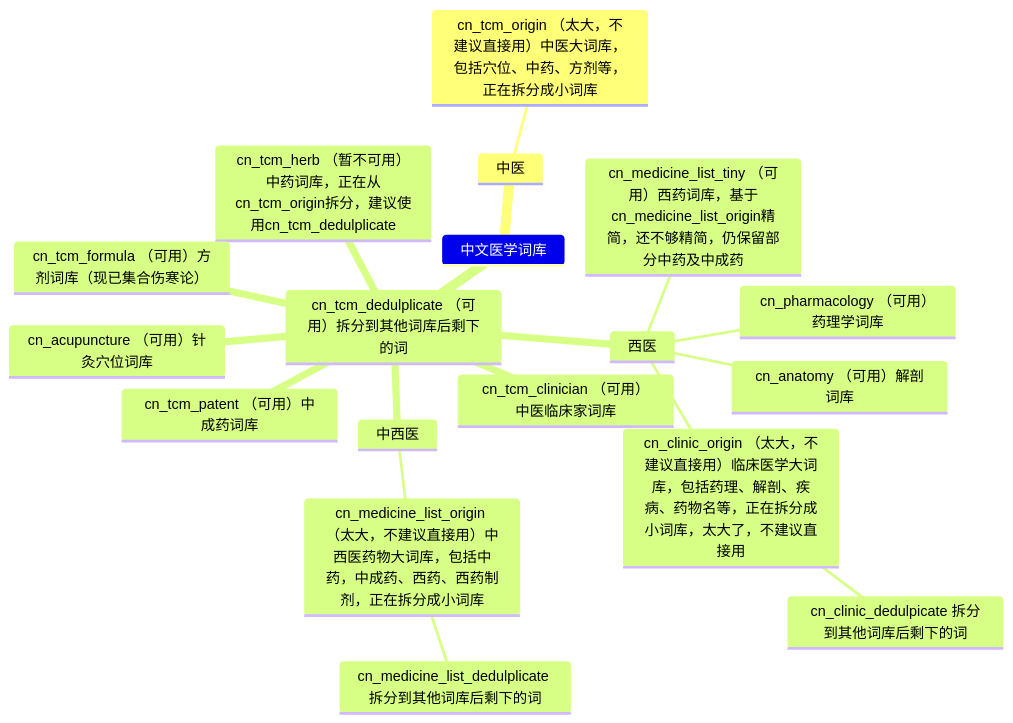
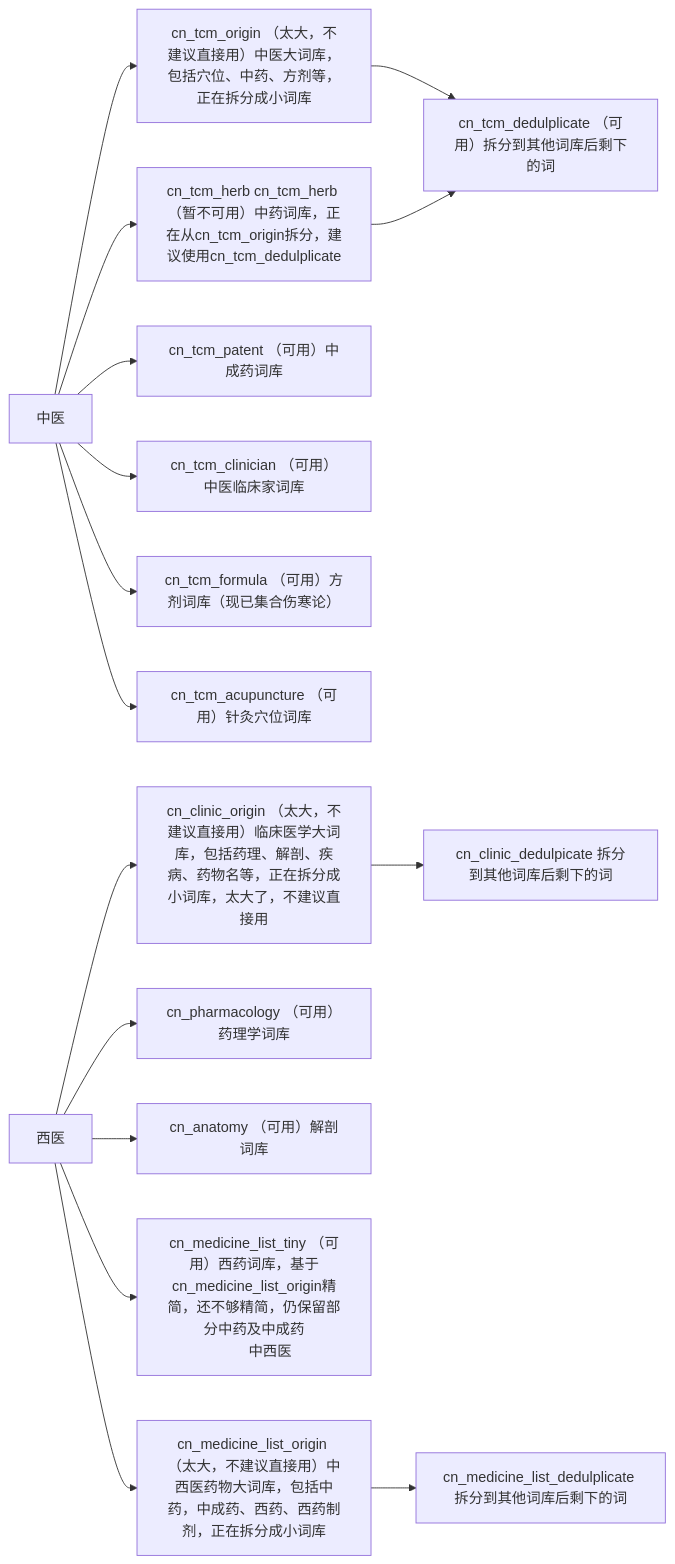
One commit to whitewatercn/rime_clinic changed the first of 2 diagrams in README.md. Above: the diagram before and after it, drawn with Mermaid. The commit also changed other lines of this file, not shown here.

Commit message:
修改mermaid为流程图

````diff
--- a/README.md
+++ b/README.md
@@ -14,21 +14,20 @@
 ```mermaid
-mindmap
-   中文医学词库
-        中医
-            cn_tcm_origin （太大，不建议直接用）中医大词库，包括穴位、中药、方剂等，正在拆分成小词库
-				cn_tcm_dedulplicate （可用）拆分到其他词库后剩下的词
-            cn_tcm_herb （暂不可用）中药词库，正在从cn_tcm_origin拆分，建议使用cn_tcm_dedulplicate
-            cn_tcm_patent （可用）中成药词库
-            cn_tcm_clinician （可用）中医临床家词库
-            cn_tcm_formula （可用）方剂词库（现已集合伤寒论）
-            cn_acupuncture （可用）针灸穴位词库
-        西医
-            cn_clinic_origin （太大，不建议直接用）临床医学大词库，包括药理、解剖、疾病、药物名等，正在拆分成小词库，太大了，不建议直接用
-                cn_clinic_dedulpicate 拆分到其他词库后剩下的词
-            cn_pharmacology （可用）药理学词库
-            cn_anatomy （可用）解剖词库
-            cn_medicine_list_tiny （可用）西药词库，基于cn_medicine_list_origin精简，还不够精简，仍保留部分中药及中成药
-        中西医
-            cn_medicine_list_origin （太大，不建议直接用）中西医药物大词库，包括中药，中成药、西药、西药制剂，正在拆分成小词库
-                cn_medicine_list_dedulplicate 拆分到其他词库后剩下的词
+flowchart LR
+    中医[中医] --> cn_tcm_origin[cn_tcm_origin （太大，不建议直接用）中医大词库，包括穴位、中药、方剂等，正在拆分成小词库]
+    中医[中医] --> cn_tcm_herb[cn_tcm_herb cn_tcm_herb （暂不可用）中药词库，正在从cn_tcm_origin拆分，建议使用cn_tcm_dedulplicate]
+    中医[中医] --> cn_tcm_patent[cn_tcm_patent （可用）中成药词库]
+    中医[中医] --> cn_tcm_clinician[cn_tcm_clinician （可用）中医临床家词库]
+    中医[中医] --> cn_tcm_formula[cn_tcm_formula （可用）方剂词库（现已集合伤寒论）]
+    中医[中医] --> cn_tcm_acupuncture[cn_tcm_acupuncture （可用）针灸穴位词库]
+    cn_tcm_origin --> cn_tcm_dedulplicate[cn_tcm_dedulplicate （可用）拆分到其他词库后剩下的词]
+    cn_tcm_herb --> cn_tcm_dedulplicate
+
+    西医[西医] --> cn_clinic_origin[cn_clinic_origin （太大，不建议直接用）临床医学大词库，包括药理、解剖、疾病、药物名等，正在拆分成小词库，太大了，不建议直接用]
+    西医[西医] --> cn_pharmacology[cn_pharmacology （可用）药理学词库]
+    西医[西医] --> cn_anatomy[cn_anatomy （可用）解剖词库]
+    西医[西医] --> cn_medicine_list_tiny[cn_medicine_list_tiny （可用）西药词库，基于cn_medicine_list_origin精简，还不够精简，仍保留部分中药及中成药
+        中西医]
+    西医[西医] --> cn_medicine_list_origin[cn_medicine_list_origin （太大，不建议直接用）中西医药物大词库，包括中药，中成药、西药、西药制剂，正在拆分成小词库]
+    cn_clinic_origin --> cn_clinic_dedulpicate[cn_clinic_dedulpicate 拆分到其他词库后剩下的词]
+    cn_medicine_list_origin --> cn_medicine_list_dedulplicate[cn_medicine_list_dedulplicate 拆分到其他词库后剩下的词]        
 ```
````
